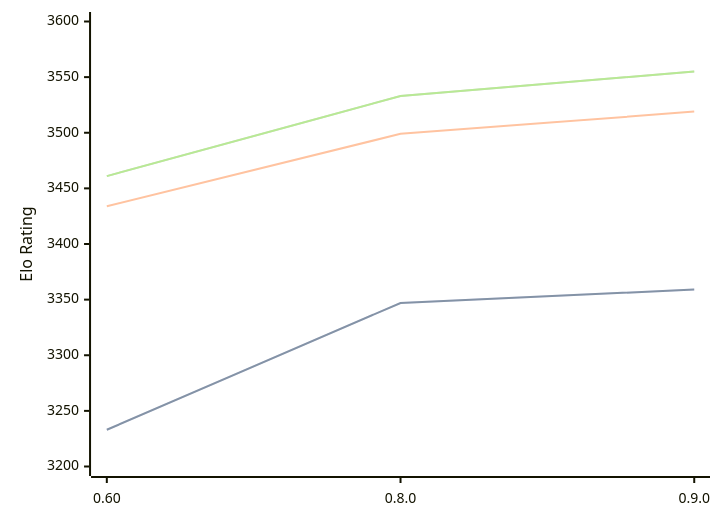
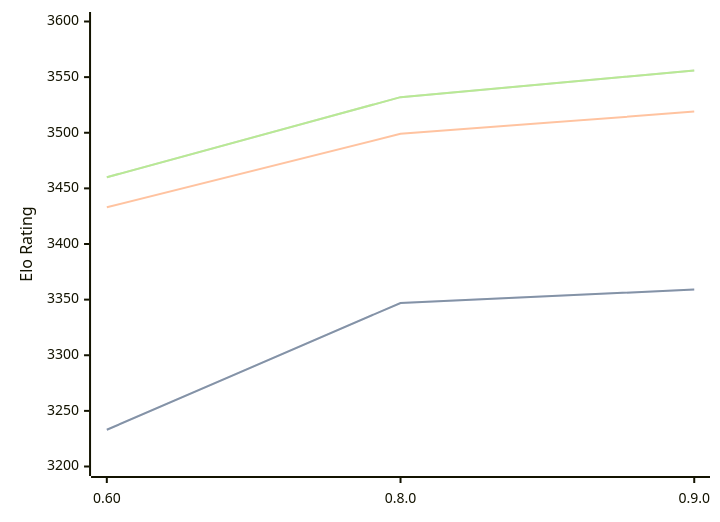
Before and after one commit to computer-chess-index/cci: the diagram in engines/Motor.md, drawn with Mermaid. The commit also changed other lines of this file, not shown here.

Commit message:
Update CCI Ratings (ELO VLTC) - 2026-03-24

````diff
--- a/engines/Motor.md
+++ b/engines/Motor.md
@@ -39,11 +39,11 @@
 ```mermaid
 %%{init: {"theme":"base","themeVariables":{"seriesColors:['#a3a3a3','#222221','#faa371']}}}%%
 xychart-beta
   x-axis ["0.60", "0.8.0", "0.9.0"]
   y-axis "Elo Rating" 3200 --> 3600
   line "STC (8.0+0.08s)" [3233, 3347, 3359]
   line "STC (8.0+0.08s)" [3233, 3347, 3359]
-  line "LTC (60.0+0.60s)" [3434, 3499, 3519]
-  line "VLTC (2m24s+1.12s)" [3461, 3533, 3555]
-  line "VLTC (2m24s+1.12s)" [3461, 3533, 3555]
+  line "LTC (60.0+0.60s)" [3433, 3499, 3519]
+  line "VLTC (2m24s+1.12s)" [3460, 3532, 3556]
+  line "VLTC (2m24s+1.12s)" [3460, 3532, 3556]
 ```
````
